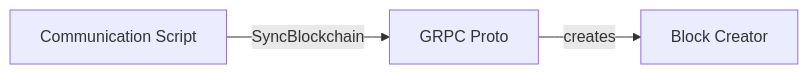
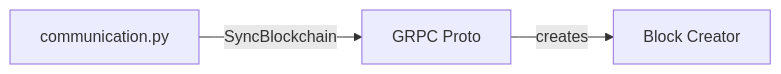
The diagram in src/blockchain/README.md (lmtrarbach/blockchain-python), drawn with Mermaid before and after one commit. The commit also changed other lines of this file, not shown here.

````diff
--- a/src/blockchain/README.md
+++ b/src/blockchain/README.md
@@ -1,5 +1,5 @@
 ```mermaid
 graph LR
-    A[Communication Script] -- SyncBlockchain --> B[GRPC Proto]
+    A[communication.py] -- SyncBlockchain --> B[GRPC Proto]
     B -- creates --> C[Block Creator]
 ```
````
